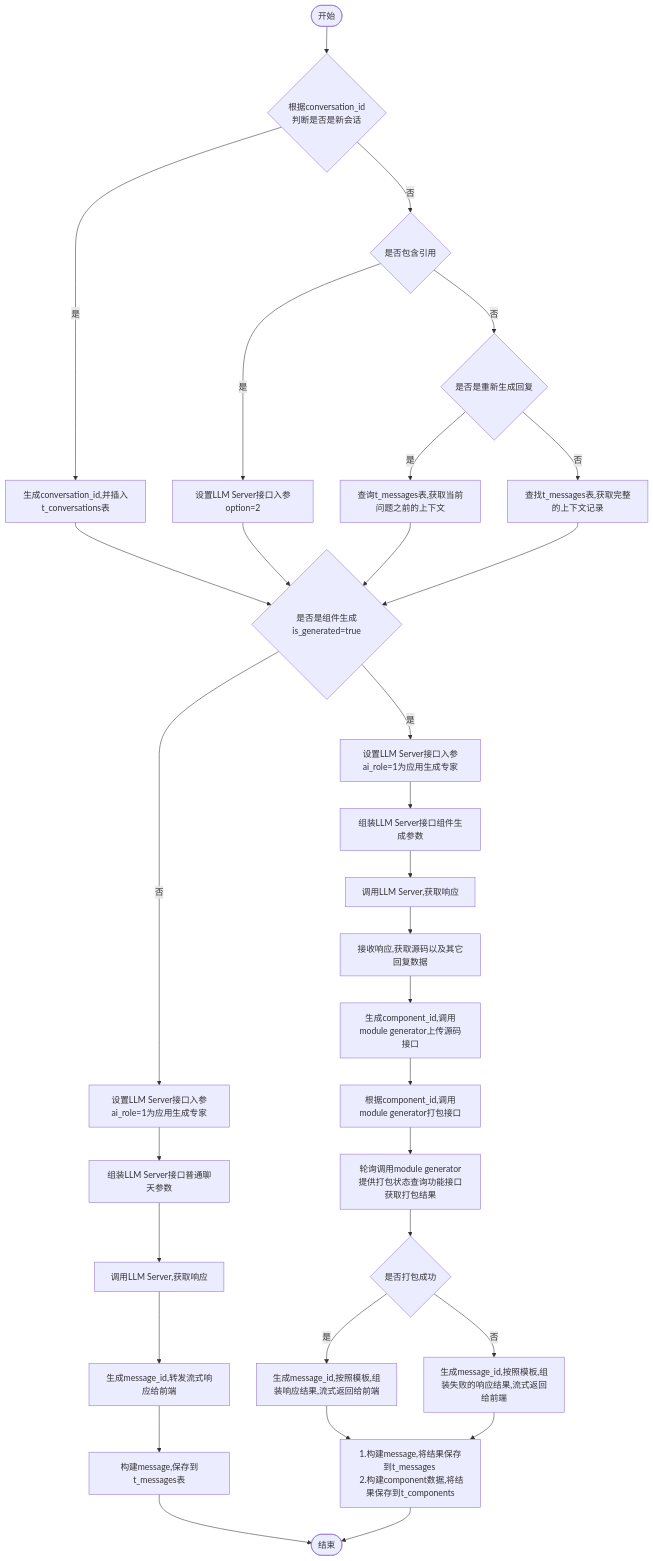
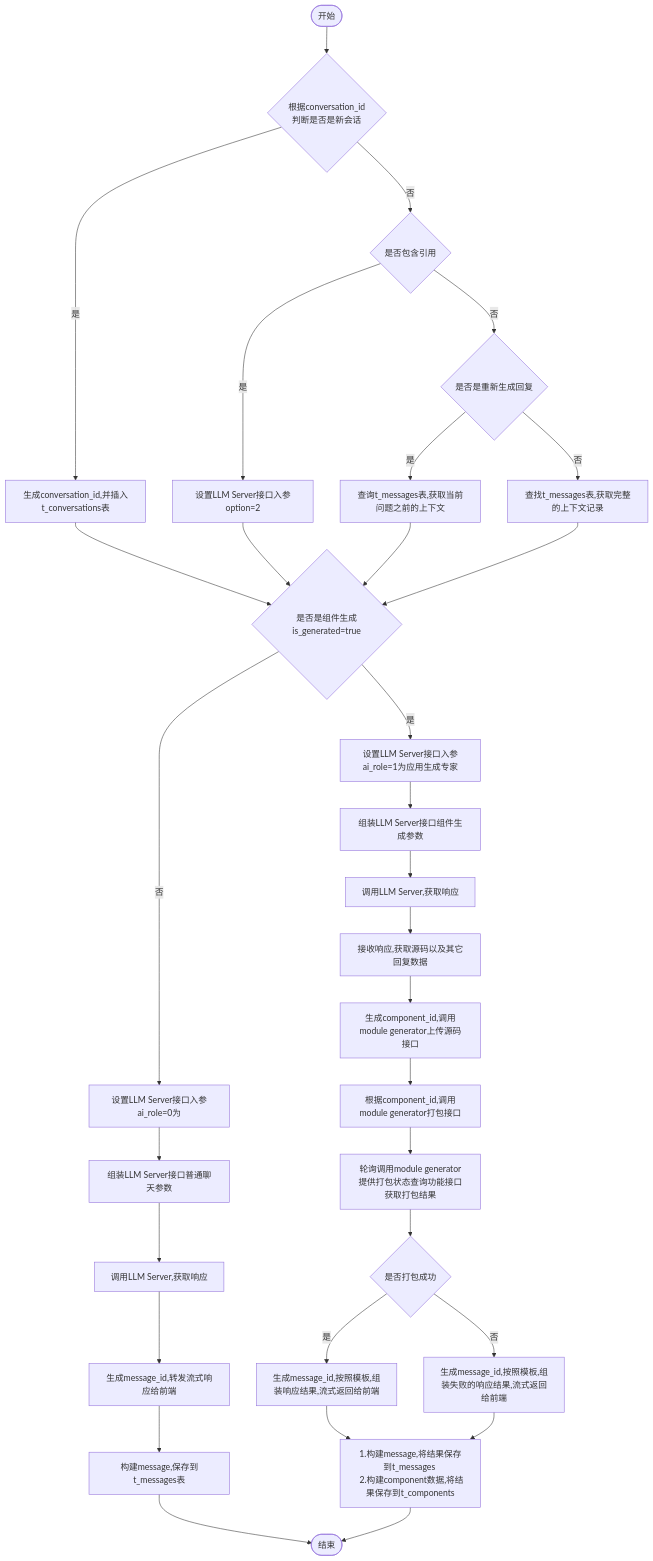
Before and after one commit to yingjianzh/iodraw-files: the diagram in all/w3-会话-不需要传递message.md, drawn with Mermaid.

Commit message:
2024-10-14 11:08:47 update

````diff
--- a/all/w3-会话-不需要传递message.md
+++ b/all/w3-会话-不需要传递message.md
@@ -1,35 +1,35 @@
 ```mermaid
 flowchart TD
     A([开始]) --> B{根据conversation_id \n 判断是否是新会话}
     B -- 是 --> C[生成conversation_id,并插入t_conversations表]
     B -- 否 --> D{是否包含引用}
     D -- 是 --> E[设置LLM Server接口入参option=2]
     D -- 否 --> F{是否是重新生成回复}
     F -- 是 --> G[查询t_messages表,获取当前问题之前的上下文]
     F -- 否 --> H[查找t_messages表,获取完整的上下文记录]
      
     C & E & G & H --> I{是否是组件生成is_generated=true}
     I -- 是 --> J[设置LLM Server接口入参ai_role=1为应用生成专家]
-    I -- 否 --> K[设置LLM Server接口入参ai_role=1为应用生成专家]
+    I -- 否 --> K[设置LLM Server接口入参ai_role=0为]
 
 
     J --> L[组装LLM Server接口组件生成参数]    
     K --> M[组装LLM Server接口普通聊天参数]    
     M --> N[调用LLM Server,获取响应]    
     N --> O[生成message_id,转发流式响应给前端]
     O --> P[构建message,保存到t_messages表]
     P --> R([结束])
 
 
     L --> S[调用LLM Server,获取响应]
     S --> T[接收响应,获取源码以及其它回复数据]
     T --> U[生成component_id,调用module generator上传源码接口]
     U --> V[根据component_id,调用module generator打包接口]
     V --> W[轮询调用module generator提供打包状态查询功能接口获取打包结果]
     W --> X{是否打包成功}
     X -- 是 --> Y[生成message_id,按照模板,组装响应结果,流式返回给前端]
     X -- 否 --> Z[生成message_id,按照模板,组装失败的响应结果,流式返回给前端]
 
     Y & Z --> Result[1.构建message,将结果保存到t_messages \n 2.构建component数据,将结果保存到t_components]
     Result --> R
 ```
````
